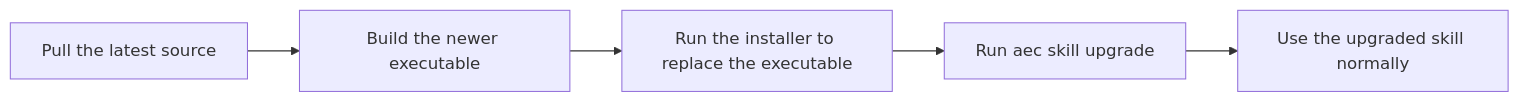
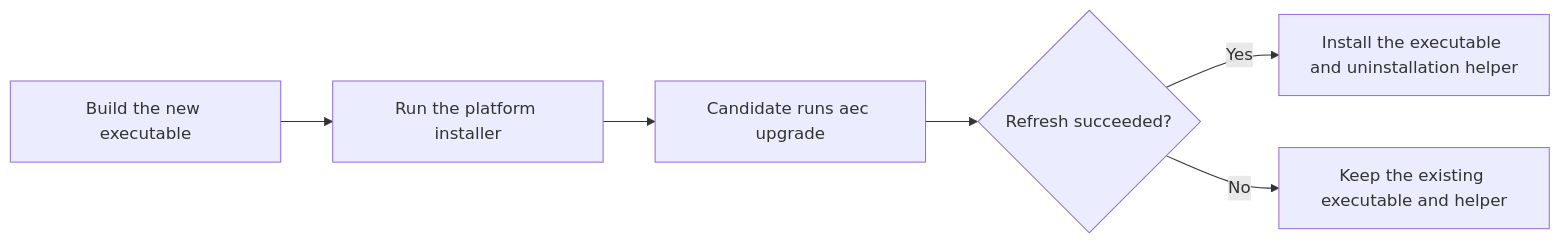
Before and after one commit to ferrywlto/ai-env-as-code: the fifth of 11 diagrams in docs/reference.md, drawn with Mermaid. The commit also changed other lines of this file and 35 other files, not shown here.

````diff
--- a/docs/reference.md
+++ b/docs/reference.md
@@ -322,7 +325,8 @@
 ```mermaid
 flowchart LR
-    Pull["Pull the latest source"] --> Build["Build the newer executable"]
-    Build --> Install["Run the installer to replace the executable"]
-    Install --> Upgrade["Run aec skill upgrade"]
-    Upgrade --> Use["Use the upgraded skill normally"]
+    Build[Build the new executable] --> Install[Run the platform installer]
+    Install --> Upgrade["Candidate runs aec upgrade"]
+    Upgrade --> Check{Refresh succeeded?}
+    Check -->|Yes| Replace[Install the executable and uninstallation helper]
+    Check -->|No| Keep[Keep the existing executable and helper]
 ```
````
